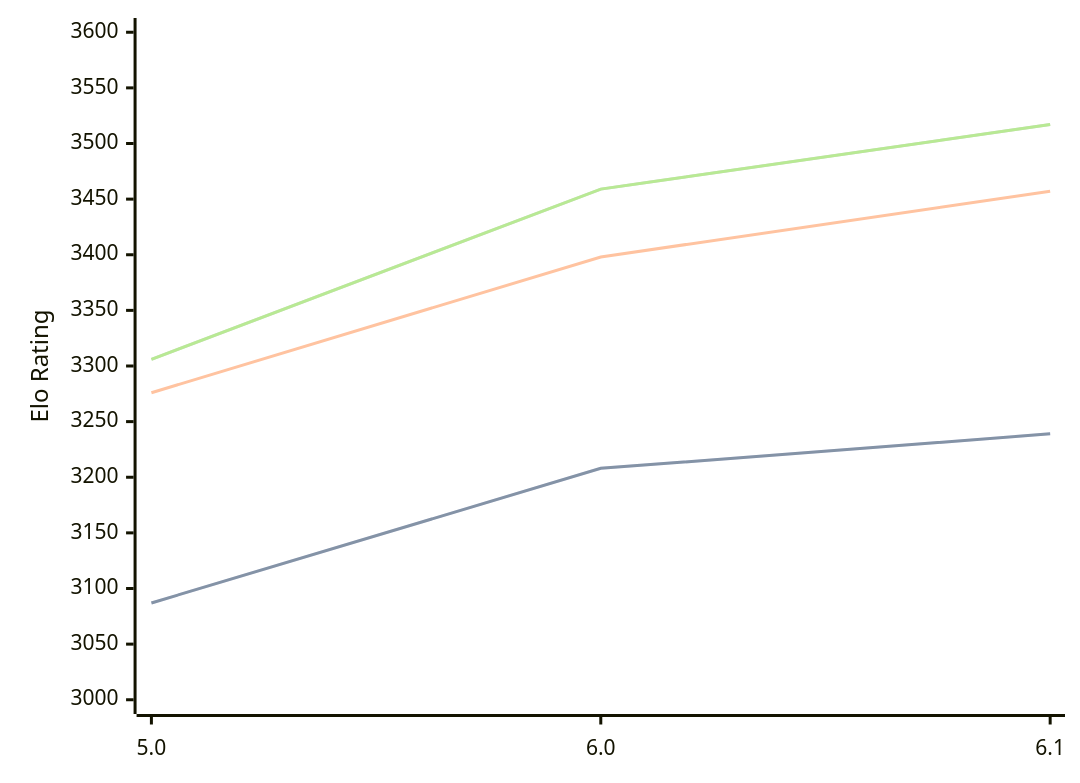
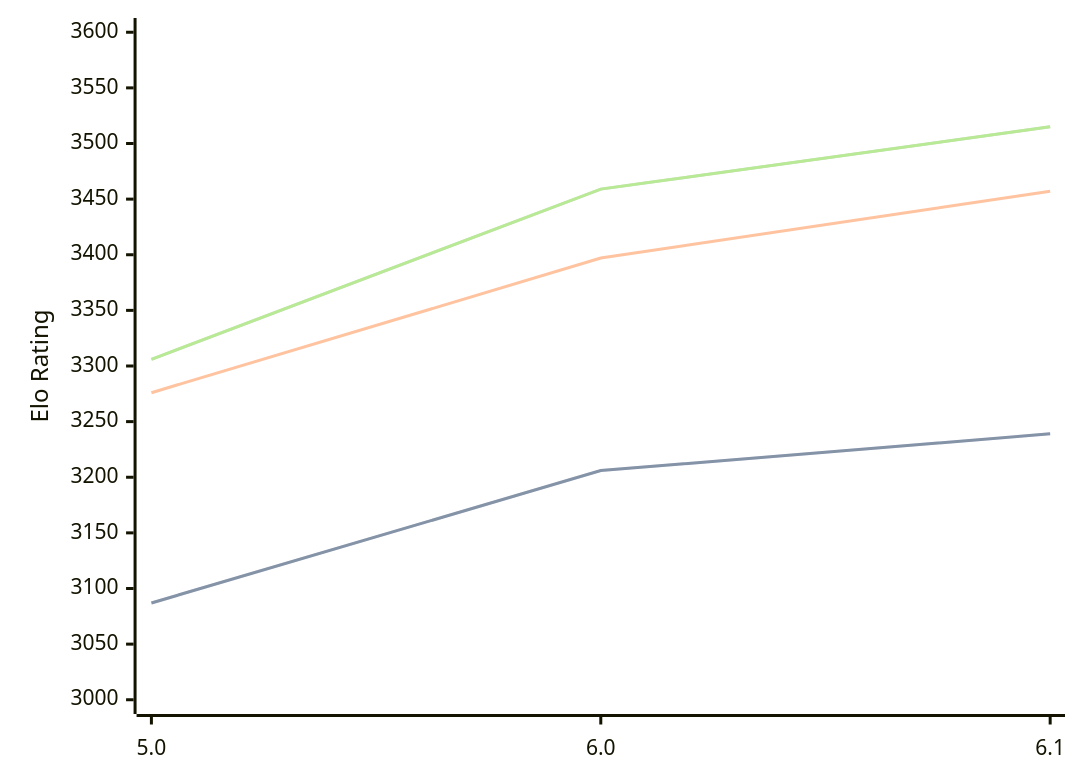
One commit to computer-chess-index/cci changed the diagram in engines/PZChessBot.md. Above: the diagram before and after it, drawn with Mermaid. The commit also changed other lines of this file, not shown here.

Commit message:
Update CCI Ratings (ELO VLTC) - 2026-04-20

````diff
--- a/engines/PZChessBot.md
+++ b/engines/PZChessBot.md
@@ -42,11 +42,11 @@
 ```mermaid
 %%{init: {"theme":"base","themeVariables":{"seriesColors:['#a3a3a3','#222221','#faa371']}}}%%
 xychart-beta
   x-axis ["5.0", "6.0", "6.1"]
   y-axis "Elo Rating" 3000 --> 3600
-  line "STC (8.0+0.08s)" [3087, 3208, 3239]
-  line "STC (8.0+0.08s)" [3087, 3208, 3239]
-  line "LTC (60.0+0.60s)" [3276, 3398, 3457]
-  line "VLTC (2m24s+1.12s)" [3306, 3459, 3517]
-  line "VLTC (2m24s+1.12s)" [3306, 3459, 3517]
+  line "STC (8.0+0.08s)" [3087, 3206, 3239]
+  line "STC (8.0+0.08s)" [3087, 3206, 3239]
+  line "LTC (60.0+0.60s)" [3276, 3397, 3457]
+  line "VLTC (2m24s+1.12s)" [3306, 3459, 3515]
+  line "VLTC (2m24s+1.12s)" [3306, 3459, 3515]
 ```
````
